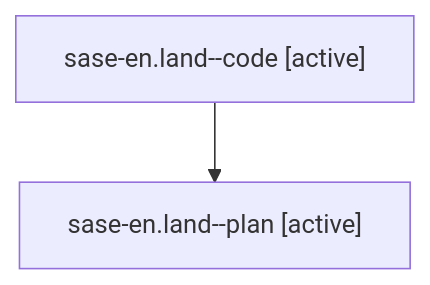
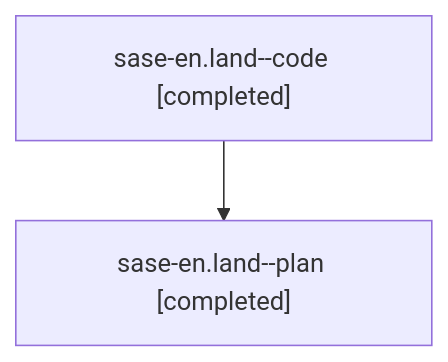
Before and after one commit to sase-org/sase--agents: the diagram in families/bbugyi200.athena.sase-en.land.md, drawn with Mermaid. The commit also changed other lines of this file and 17 other files, not shown here.

````diff
--- a/families/bbugyi200.athena.sase-en.land.md
+++ b/families/bbugyi200.athena.sase-en.land.md
@@ -9,6 +9,6 @@
 ```mermaid
 flowchart TD
-  n0["sase-en.land--code [active]"]
-  n1["sase-en.land--plan [active]"]
+  n0["sase-en.land--code [completed]"]
+  n1["sase-en.land--plan [completed]"]
   n0 --> n1
 ```
````
